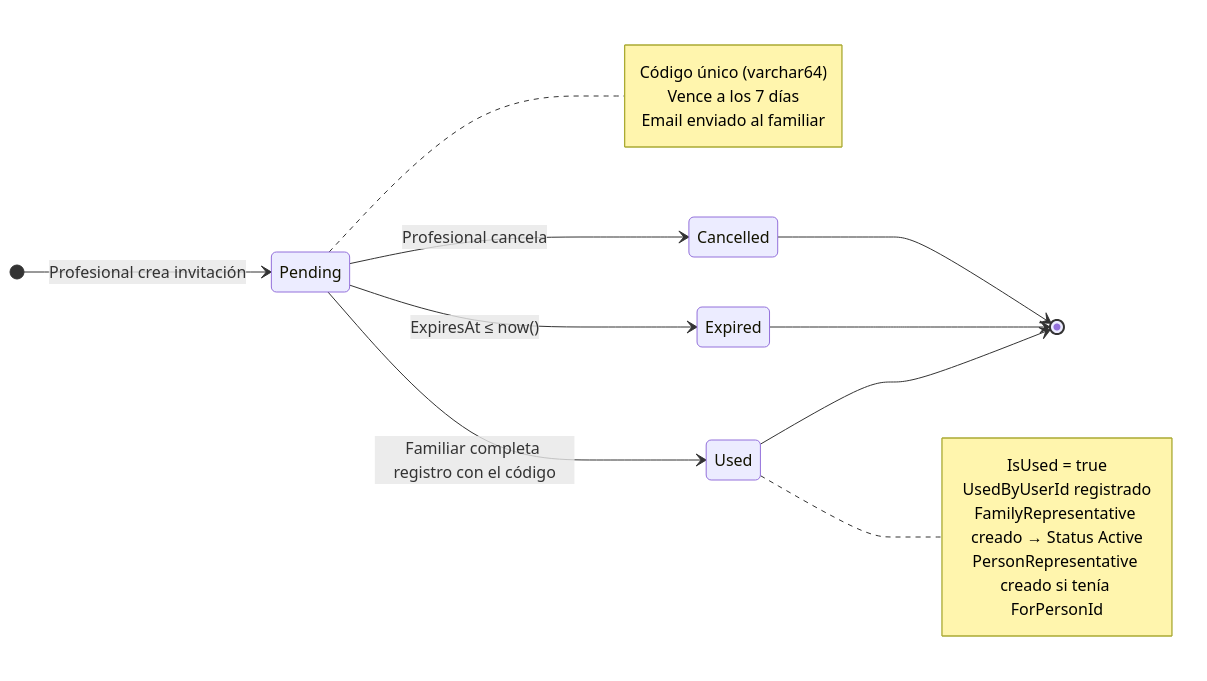
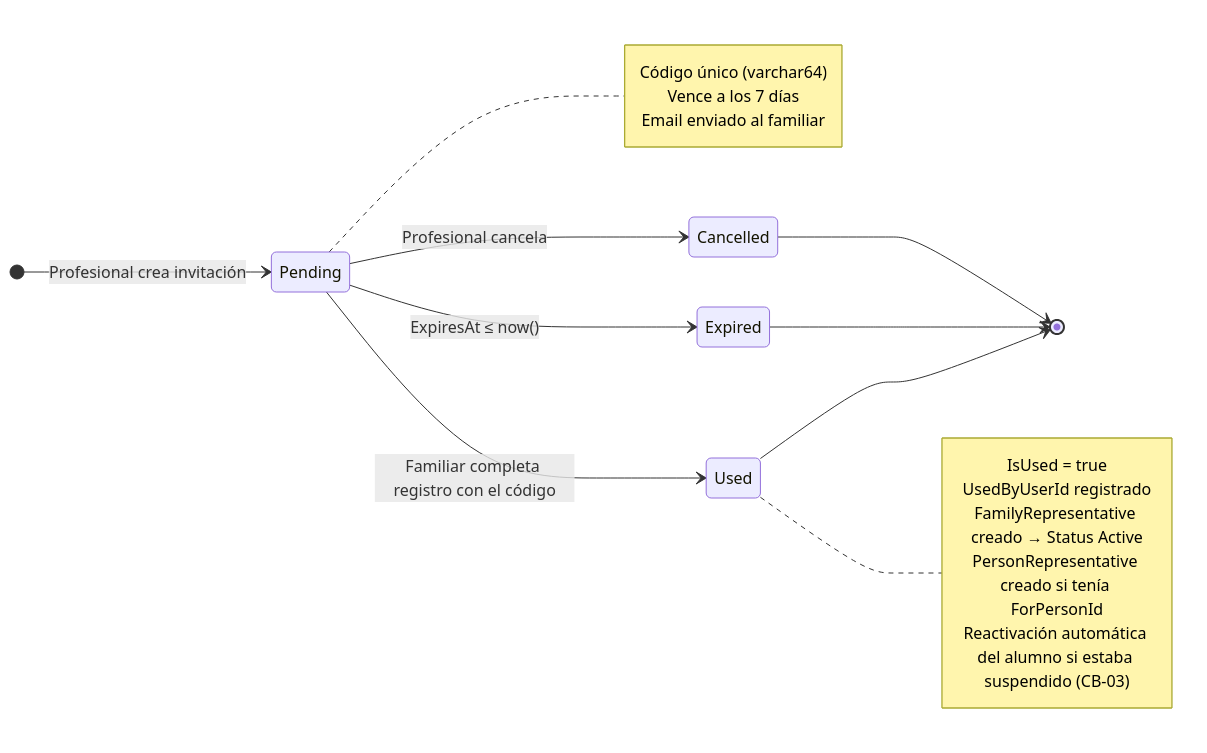
Before and after one commit to Sacha-html/InclusiON: the diagram in InclusiON.Documents/Diagrams/Estados/invitation.md, drawn with Mermaid. The commit also changed other lines of this file and 49 other files, not shown here.

````diff
--- a/InclusiON.Documents/Diagrams/Estados/invitation.md
+++ b/InclusiON.Documents/Diagrams/Estados/invitation.md
@@ -22,27 +22,28 @@
 ```mermaid
 stateDiagram-v2
     direction LR
 
     [*] --> Pending : Profesional crea invitación
 
     Pending --> Used     : Familiar completa registro con el código
     Pending --> Expired  : ExpiresAt ≤ now()
     Pending --> Cancelled : Profesional cancela
 
     Used      --> [*]
     Expired   --> [*]
     Cancelled --> [*]
 
     note right of Pending
         Código único (varchar64)
         Vence a los 7 días
         Email enviado al familiar
     end note
 
     note right of Used
         IsUsed = true
         UsedByUserId registrado
         FamilyRepresentative creado → Status Active
         PersonRepresentative creado si tenía ForPersonId
+        Reactivación automática del alumno si estaba suspendido (CB-03)
     end note
 ```
````
